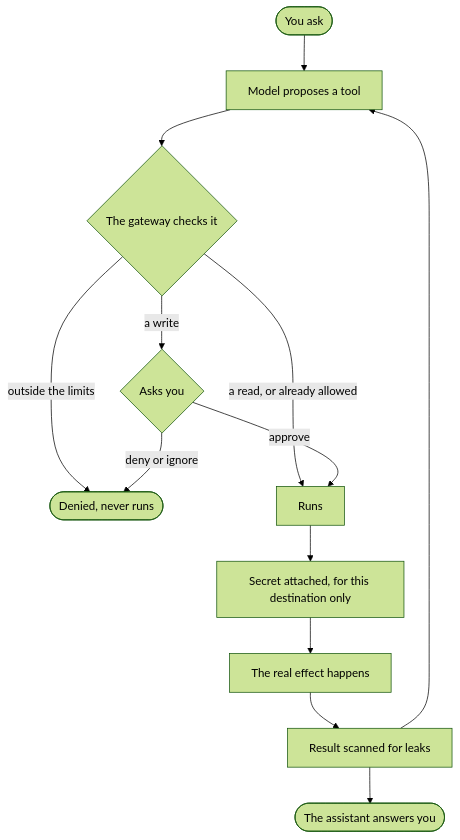
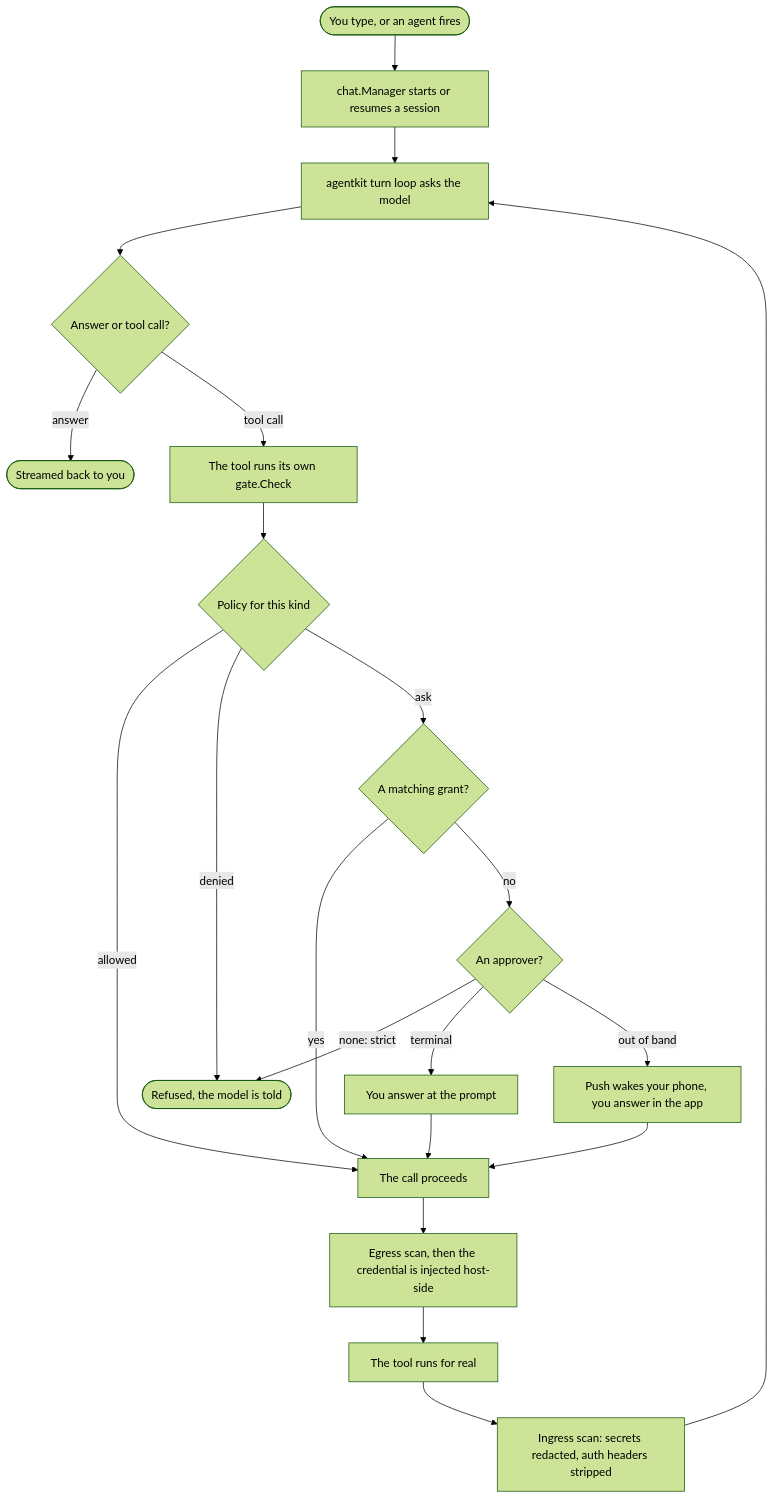
The diagram in docs/src/content/docs/architecture/request-flow.md (efuturetoday/nocturn), drawn with Mermaid (forest theme) before and after one commit. The commit also changed other lines of this file and 78 other files, not shown here.

````diff
--- a/docs/src/content/docs/architecture/request-flow.md
+++ b/docs/src/content/docs/architecture/request-flow.md
@@ -10,15 +9,23 @@
 ```mermaid
 flowchart TD
-    A([You ask]) --> B[Model proposes a tool]
-    B --> C{The gateway checks it}
-    C -->|outside the limits| D([Denied, never runs])
-    C -->|a read, or already allowed| E[Runs]
-    C -->|a write| F{Asks you}
-    F -->|approve| E
-    F -->|deny or ignore| D
-    E --> G[Secret attached, for this destination only]
-    G --> H[The real effect happens]
-    H --> I[Result scanned for leaks]
-    I --> B
-    I --> K([The assistant answers you])
+    A([You type, or an agent fires]) --> B[chat.Manager starts or resumes a session]
+    B --> C[agentkit turn loop asks the model]
+    C --> D{Answer or tool call?}
+    D -->|answer| Z([Streamed back to you])
+    D -->|tool call| E[The tool runs its own gate.Check]
+    E --> F{Policy for this kind}
+    F -->|allowed| J[The call proceeds]
+    F -->|denied| X([Refused, the model is told])
+    F -->|ask| G{A matching grant?}
+    G -->|yes| J
+    G -->|no| H{An approver?}
+    H -->|none: strict| X
+    H -->|terminal| I[You answer at the prompt]
+    H -->|out of band| I2[Push wakes your phone, you answer in the app]
+    I --> J
+    I2 --> J
+    J --> K[Egress scan, then the credential is injected host-side]
+    K --> L[The tool runs for real]
+    L --> M[Ingress scan: secrets redacted, auth headers stripped]
+    M --> C
 ```
````
